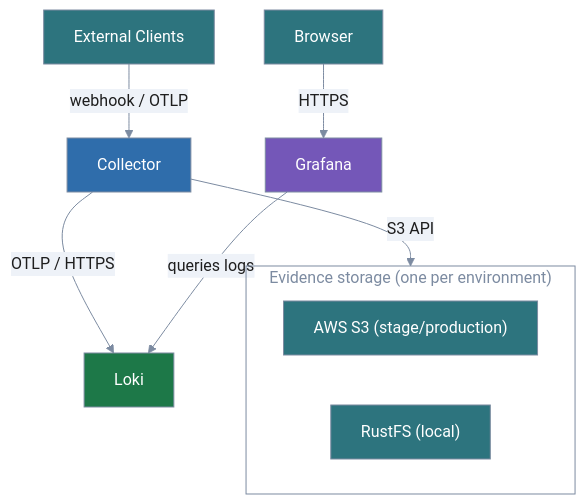
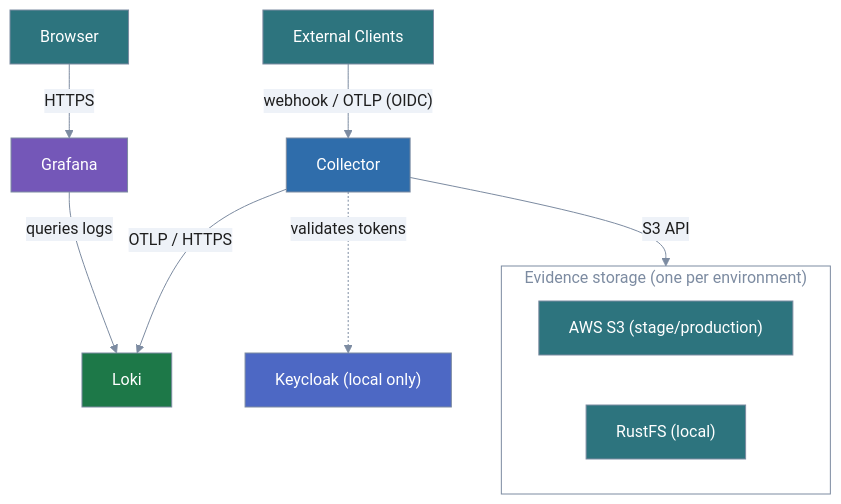
Before and after one commit to complytime-labs/complytime-deploy: the diagram in README.md, drawn with Mermaid. The commit also changed other lines of this file and 40 other files, not shown here.

First line of the commit message:
feat(oidc): enforce OIDC auth on all collector receivers, add ingest tests

````diff
--- a/README.md
+++ b/README.md
@@ -24,46 +25,50 @@
 ```mermaid
 %%{init: {'theme': 'base', 'themeVariables': {
   'primaryColor': '#2f6dab',
   'primaryTextColor': '#1e1e1e',
   'primaryBorderColor': '#7c8ba1',
   'lineColor': '#7c8ba1',
   'edgeLabelBackground': '#eef2f8',
   'tertiaryColor': 'transparent',
   'tertiaryTextColor': '#7c8ba1',
   'tertiaryBorderColor': '#7c8ba1',
   'clusterBkg': 'transparent',
   'clusterBorder': '#7c8ba1',
   'titleColor': '#7c8ba1',
   'noteBkgColor': '#eef2f8',
   'noteTextColor': '#1e1e1e',
   'fontFamily': 'system-ui, sans-serif'
 }, 'themeCSS': '.node .nodeLabel{color:#ffffff!important;fill:#ffffff!important;}'}}%%
 flowchart TD
   clients["External Clients"]
   browser["Browser"]
   collector["Collector"]
   loki["Loki"]
   grafana["Grafana"]
+  keycloak["Keycloak (local only)"]
 
-  clients -->|webhook / OTLP| collector
+  clients -->|"webhook / OTLP (OIDC)"| collector
   browser -->|HTTPS| grafana
   collector -->|OTLP / HTTPS| loki
   grafana -->|queries logs| loki
+  collector -.->|validates tokens| keycloak
 
   subgraph evidence["Evidence storage (one per environment)"]
     s3prod["AWS S3 (stage/production)"]
     s3local["RustFS (local)"]
   end
 
   collector -->|S3 API| evidence
 
   classDef sysA fill:#2f6dab,color:#ffffff,stroke:#7c8ba1
   classDef sysB fill:#1d7848,color:#ffffff,stroke:#7c8ba1
   classDef sysC fill:#7457b8,color:#ffffff,stroke:#7c8ba1
   classDef sysD fill:#2d747e,color:#ffffff,stroke:#7c8ba1
+  classDef sysE fill:#4d68c4,color:#ffffff,stroke:#7c8ba1
   class clients,browser sysD
   class collector sysA
   class loki sysB
   class grafana sysC
   class s3prod,s3local sysD
+  class keycloak sysE
 ```
````
